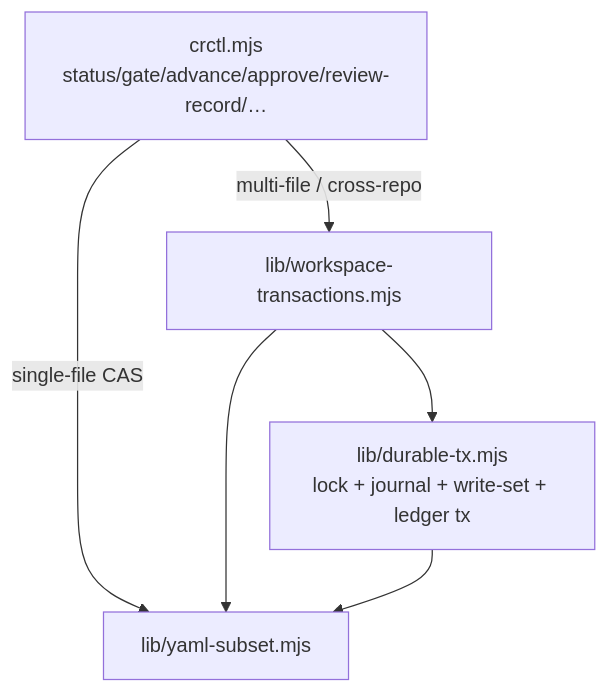
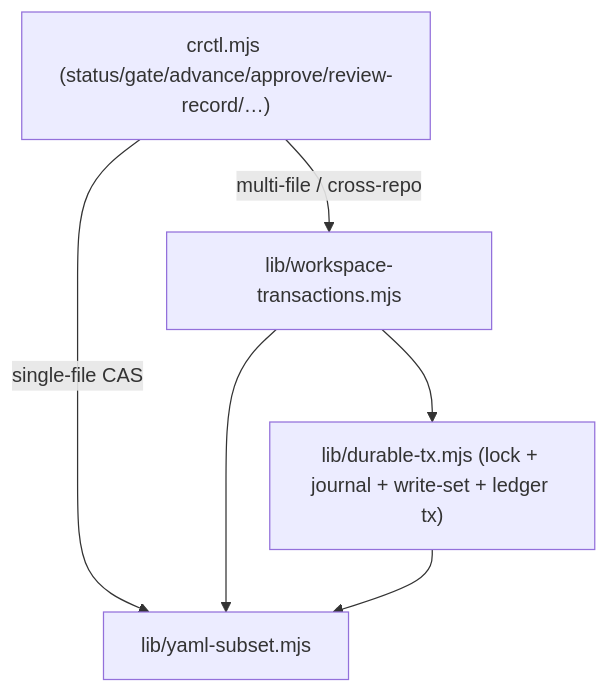
One commit to OldBoy405/AI-First-tools changed the diagram in openwiki/operations/crctl-transactions.md. Above: the diagram before and after it, drawn with Mermaid. The commit also changed other lines of this file and 27 other files, not shown here.

````diff
--- a/openwiki/operations/crctl-transactions.md
+++ b/openwiki/operations/crctl-transactions.md
@@ -42,8 +43,8 @@
 ```mermaid
 flowchart TD
-    CLI["crctl.mjs<br/>status/gate/advance/approve/review-record/…"] -->|single-file CAS| Y["lib/yaml-subset.mjs"]
+    CLI["crctl.mjs (status/gate/advance/approve/review-record/…)"] -->|single-file CAS| Y["lib/yaml-subset.mjs"]
     CLI -->|multi-file / cross-repo| W["lib/workspace-transactions.mjs"]
-    W --> D["lib/durable-tx.mjs<br/>lock + journal + write-set + ledger tx"]
+    W --> D["lib/durable-tx.mjs (lock + journal + write-set + ledger tx)"]
     W --> Y
     D --> Y
 ```
````
